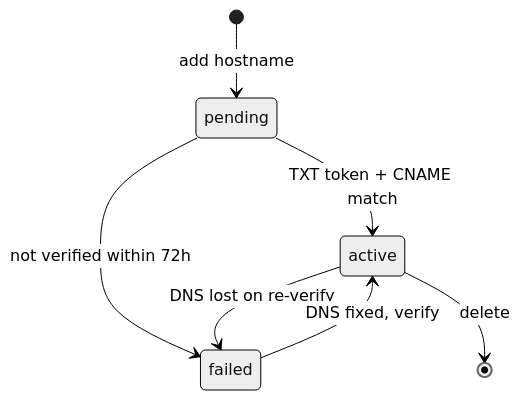
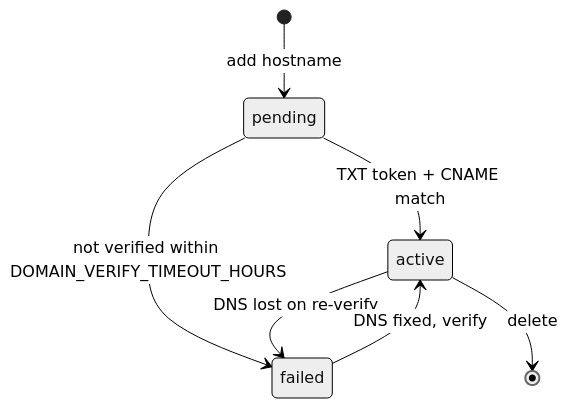
Before and after one commit to VaibhavBansal26/funnels: the second of 4 diagrams in docs/FEATURES.md, drawn with Mermaid (neutral theme). The commit also changed other lines of this file and 8 other files, not shown here.

````diff
--- a/docs/FEATURES.md
+++ b/docs/FEATURES.md
@@ -128,9 +128,9 @@
 ```mermaid
 stateDiagram-v2
   [*] --> pending: add hostname
   pending --> active: TXT token + CNAME match
-  pending --> failed: not verified within 72h
+  pending --> failed: not verified within DOMAIN_VERIFY_TIMEOUT_HOURS
   active --> failed: DNS lost on re-verify
   failed --> active: DNS fixed, verify
   active --> [*]: delete
 ```
````
